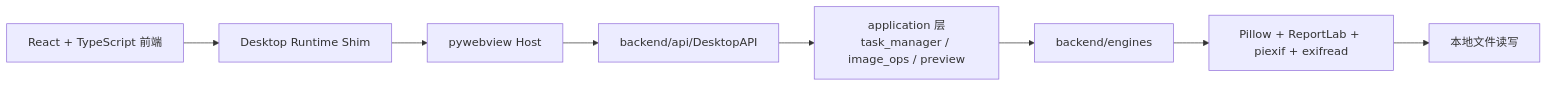
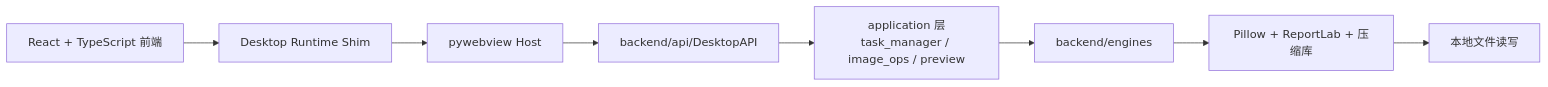
The first of 2 diagrams in README.md (lllll081926i/Imageflow), drawn with Mermaid before and after one commit. The commit also changed other lines of this file and 58 other files, not shown here.

````diff
--- a/README.md
+++ b/README.md
@@ -42,10 +41,10 @@
 ```mermaid
 flowchart LR
     UI[React + TypeScript 前端] --> Bridge[Desktop Runtime Shim]
     Bridge --> Host[pywebview Host]
     Host --> API[backend/api/DesktopAPI]
     API --> App[application 层<br/>task_manager / image_ops / preview]
     App --> Engines[backend/engines]
-    Engines --> Libs[Pillow + ReportLab + piexif + exifread]
+    Engines --> Libs[Pillow + ReportLab + 压缩库]
     Libs --> IO[本地文件读写]
 ```
````
